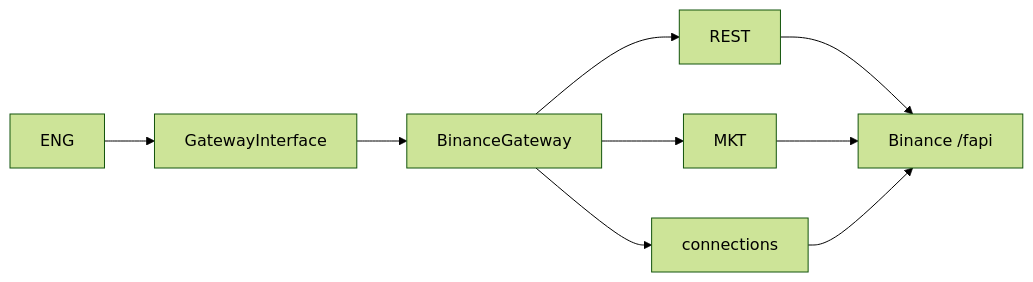
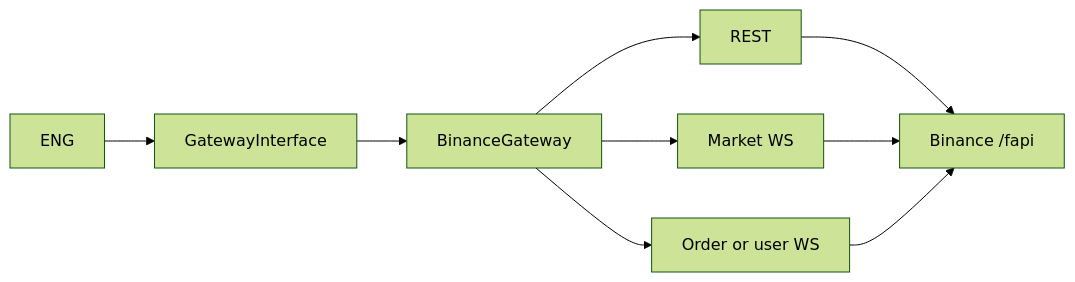
Before and after one commit to Zendragon98/algo-trading-hub: the fifth of 8 diagrams in backend/README.md, drawn with Mermaid (forest theme). The commit also changed other lines of this file and 15 other files, not shown here.

````diff
--- a/backend/README.md
+++ b/backend/README.md
@@ -137,6 +143,10 @@
 ```mermaid
 flowchart LR
     ENG --> IF[GatewayInterface] --> BG[BinanceGateway]
-    BG --> REST & MKT & ORD[connections]
-    REST & MKT & ORD --> BN[Binance /fapi]
+    BG --> REST[REST]
+    BG --> MKT[Market WS]
+    BG --> ORD[Order or user WS]
+    REST --> BN[Binance /fapi]
+    MKT --> BN
+    ORD --> BN
 ```
````
